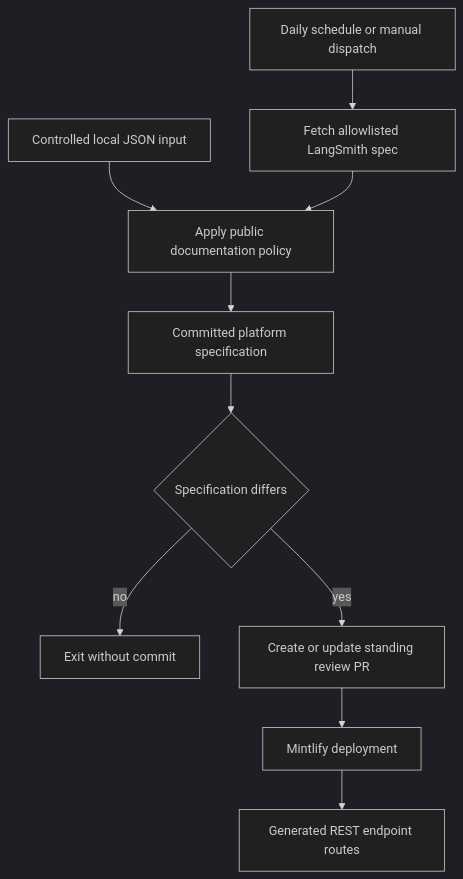
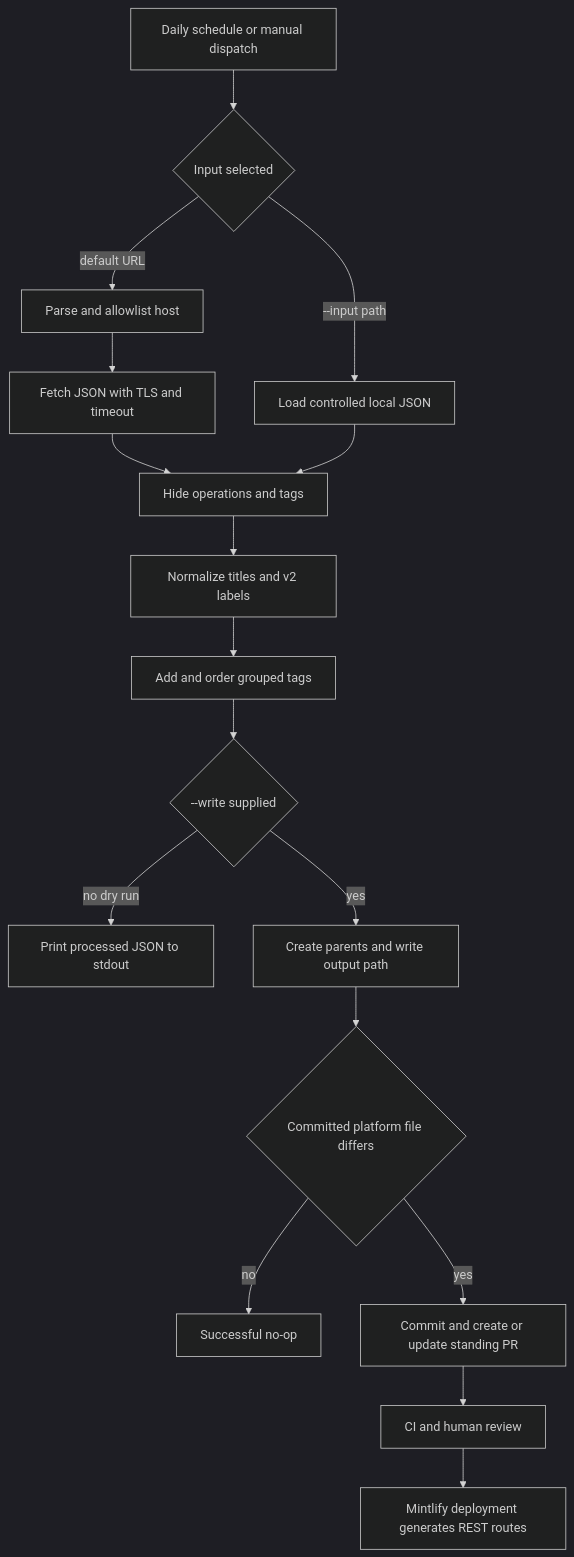
The diagram in openwiki/workflows/langsmith-openapi-refresh.md (langchain-ai/docs), drawn with Mermaid (dark theme) before and after one commit. The commit also changed other lines of this file and 43 other files, not shown here.

````diff
--- a/openwiki/workflows/langsmith-openapi-refresh.md
+++ b/openwiki/workflows/langsmith-openapi-refresh.md
@@ -49,12 +39,19 @@
 ```mermaid
 flowchart TD
-    Trigger["Daily schedule or manual dispatch"] --> Fetch["Fetch allowlisted LangSmith spec"]
-    Local["Controlled local JSON input"] --> Process["Apply public documentation policy"]
-    Fetch --> Process
-    Process --> Artifact["Committed platform specification"]
-    Artifact --> Diff{"Specification differs"}
-    Diff -->|"no"| Stop["Exit without commit"]
-    Diff -->|"yes"| Review["Create or update standing review PR"]
-    Review --> Mint["Mintlify deployment"]
-    Mint --> Routes["Generated REST endpoint routes"]
+    Trigger["Daily schedule or manual dispatch"] --> Source{"Input selected"}
+    Source -->|"default URL"| Parse["Parse and allowlist host"]
+    Parse --> Fetch["Fetch JSON with TLS and timeout"]
+    Source -->|"--input path"| Local["Load controlled local JSON"]
+    Fetch --> Transform["Hide operations and tags"]
+    Local --> Transform
+    Transform --> Titles["Normalize titles and v2 labels"]
+    Titles --> Groups["Add and order grouped tags"]
+    Groups --> Mode{"--write supplied"}
+    Mode -->|"no dry run"| Stdout["Print processed JSON to stdout"]
+    Mode -->|"yes"| Write["Create parents and write output path"]
+    Write --> Diff{"Committed platform file differs"}
+    Diff -->|"no"| Noop["Successful no-op"]
+    Diff -->|"yes"| PR["Commit and create or update standing PR"]
+    PR --> Checks["CI and human review"]
+    Checks --> Deploy["Mintlify deployment generates REST routes"]
 ```
````
